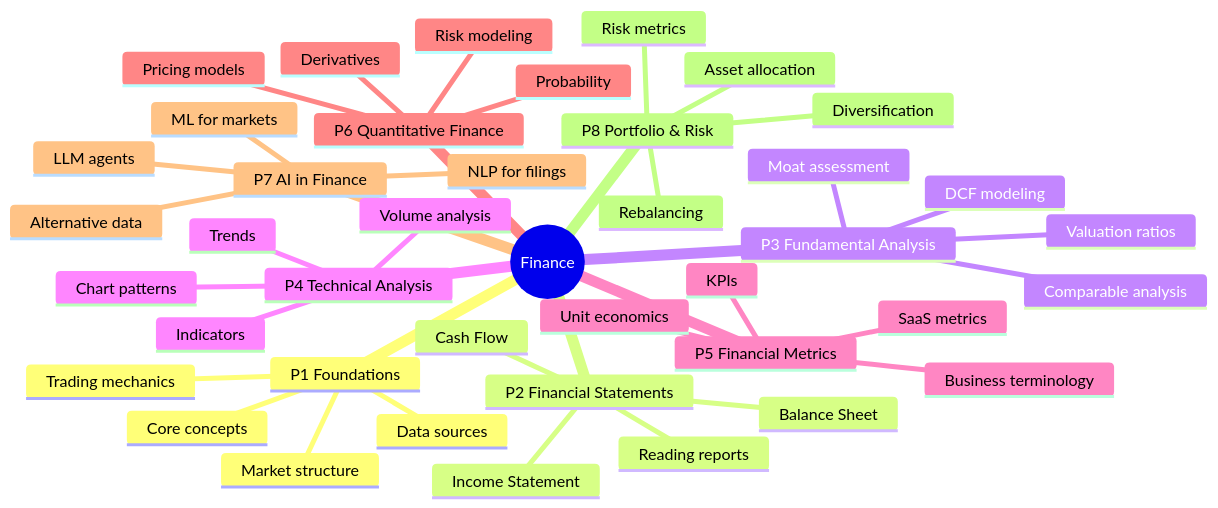
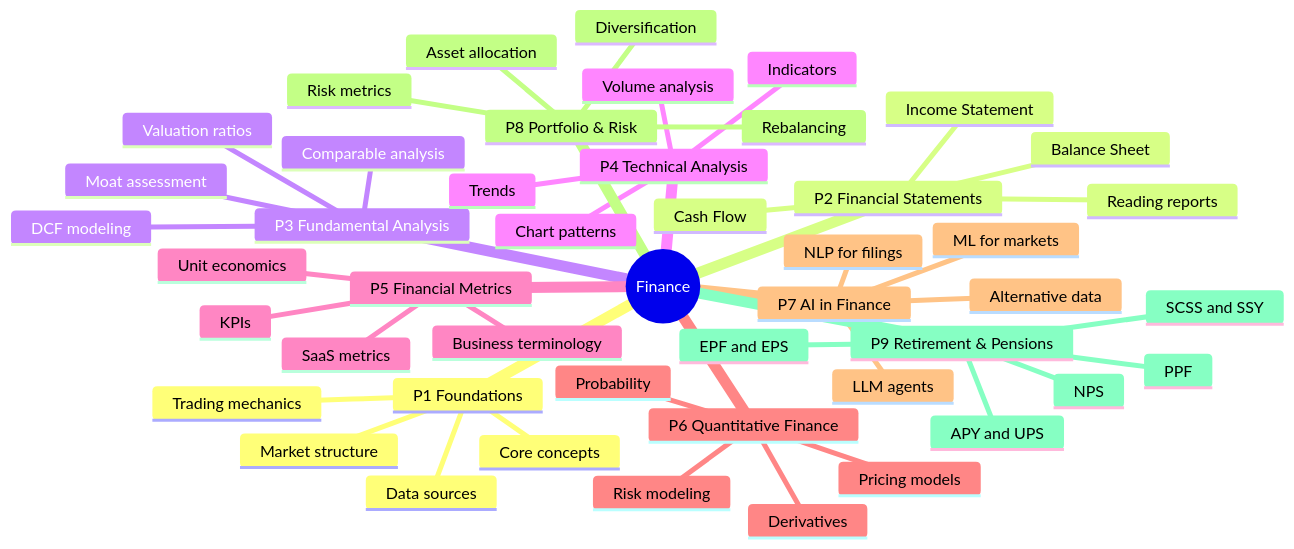
The third of 3 diagrams in finance/learning-roadmap.md (Deep084-bot/engineering-notes), drawn with Mermaid before and after one commit. The commit also changed other lines of this file, not shown here.

Commit message:
Changed the roadmap a bit

````diff
--- a/finance/learning-roadmap.md
+++ b/finance/learning-roadmap.md
@@ -81,44 +90,50 @@
 ```mermaid
 mindmap
   root((Finance))
     P1 Foundations
       Core concepts
       Market structure
       Trading mechanics
       Data sources
     P2 Financial Statements
       Balance Sheet
       Income Statement
       Cash Flow
       Reading reports
     P3 Fundamental Analysis
       Valuation ratios
       DCF modeling
       Comparable analysis
       Moat assessment
     P4 Technical Analysis
       Chart patterns
       Indicators
       Trends
       Volume analysis
     P5 Financial Metrics
       SaaS metrics
       Unit economics
       KPIs
       Business terminology
     P6 Quantitative Finance
       Probability
       Derivatives
       Pricing models
       Risk modeling
     P7 AI in Finance
       ML for markets
       NLP for filings
       LLM agents
       Alternative data
     P8 Portfolio & Risk
       Asset allocation
       Diversification
       Risk metrics
       Rebalancing
+    P9 Retirement & Pensions
+      NPS
+      PPF
+      EPF and EPS
+      APY and UPS
+      SCSS and SSY
 ```
````
